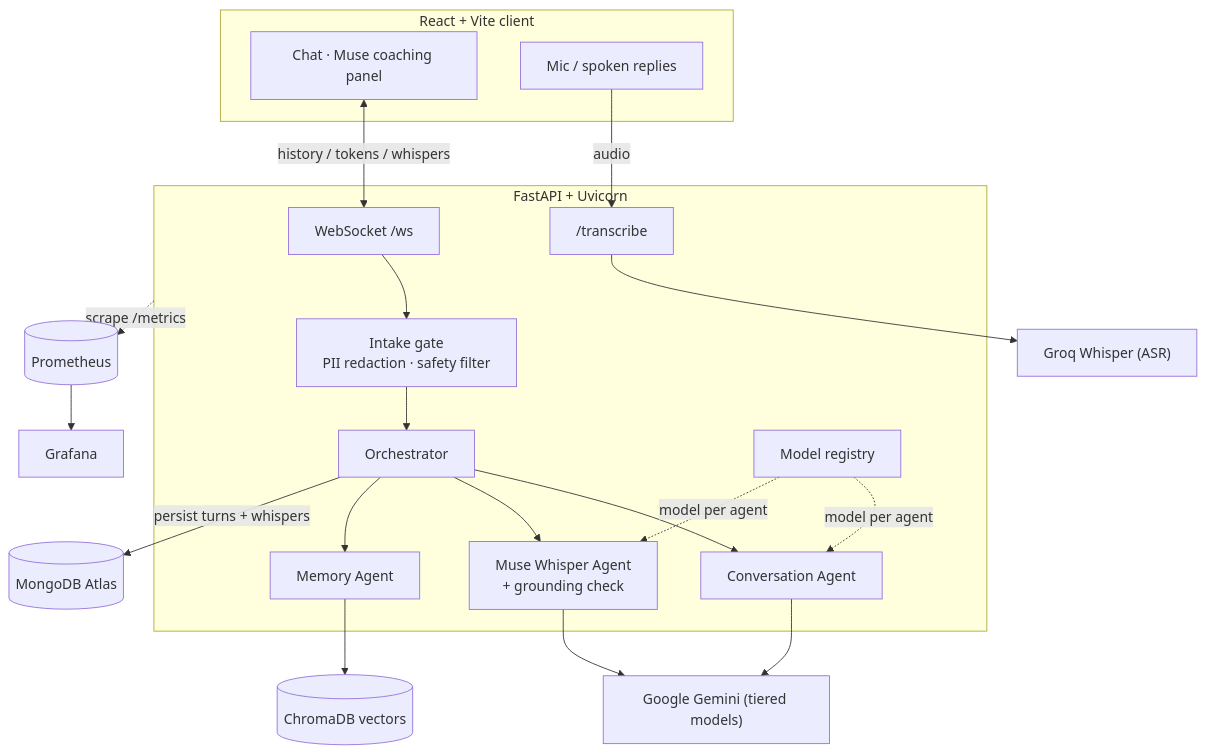
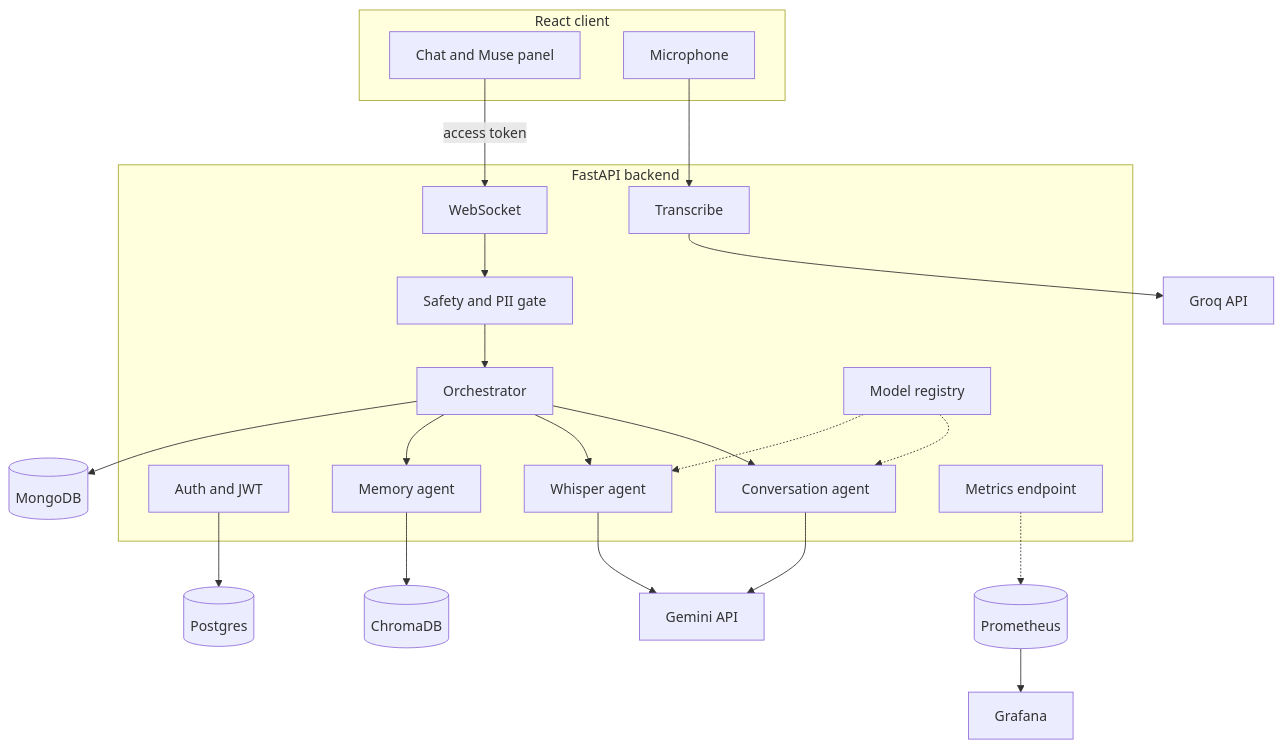
The diagram in README.md (SwastikChowdhury/muse-ai-lite), drawn with Mermaid before and after one commit. The commit also changed other lines of this file and 5 other files, not shown here.

Commit message:
Expand pytest coverage for auth, websocket, and safety flows

````diff
--- a/README.md
+++ b/README.md
@@ -43,36 +44,40 @@
 ```mermaid
 flowchart TB
-    subgraph Client["React + Vite client"]
-        UI["Chat · Muse coaching panel"]
-        Mic["Mic / spoken replies"]
+    subgraph client [React client]
+        UI[Chat and Muse panel]
+        Mic[Microphone]
     end
 
-    subgraph Server["FastAPI + Uvicorn"]
-        WS["WebSocket /ws"]
-        GATE["Intake gate<br/>PII redaction · safety filter"]
-        ORC["Orchestrator"]
-        CONV["Conversation Agent"]
-        MUSE["Muse Whisper Agent<br/>+ grounding check"]
-        MEM["Memory Agent"]
-        TR["/transcribe"]
-        REG["Model registry"]
+    subgraph backend [FastAPI backend]
+        AUTH[Auth and JWT]
+        WS[WebSocket]
+        GATE[Safety and PII gate]
+        ORC[Orchestrator]
+        CONV[Conversation agent]
+        WHISPER[Whisper agent]
+        MEM[Memory agent]
+        TR[Transcribe]
+        REG[Model registry]
+        METRICS[Metrics endpoint]
     end
 
-    Gemini["Google Gemini (tiered models)"]
-    Groq["Groq Whisper (ASR)"]
-    Mongo[("MongoDB Atlas")]
-    Chroma[("ChromaDB vectors")]
-    Prom[("Prometheus")]
-    Graf["Grafana"]
+    Postgres[(Postgres)]
+    Mongo[(MongoDB)]
+    Chroma[(ChromaDB)]
+    Gemini[Gemini API]
+    Groq[Groq API]
+    Prometheus[(Prometheus)]
+    Grafana[Grafana]
 
-    UI <-->|history / tokens / whispers| WS
-    Mic -->|audio| TR --> Groq
+    UI -->|access token| WS
+    Mic --> TR --> Groq
+    AUTH --> Postgres
     WS --> GATE --> ORC
     ORC --> CONV --> Gemini
-    ORC --> MUSE --> Gemini
+    ORC --> WHISPER --> Gemini
     ORC --> MEM --> Chroma
-    REG -. model per agent .-> CONV
-    REG -. model per agent .-> MUSE
-    ORC -->|persist turns + whispers| Mongo
-    Server -. scrape /metrics .-> Prom --> Graf
+    ORC --> Mongo
+    REG -.-> CONV
+    REG -.-> WHISPER
+    METRICS -.-> Prometheus --> Grafana
 ```
````
